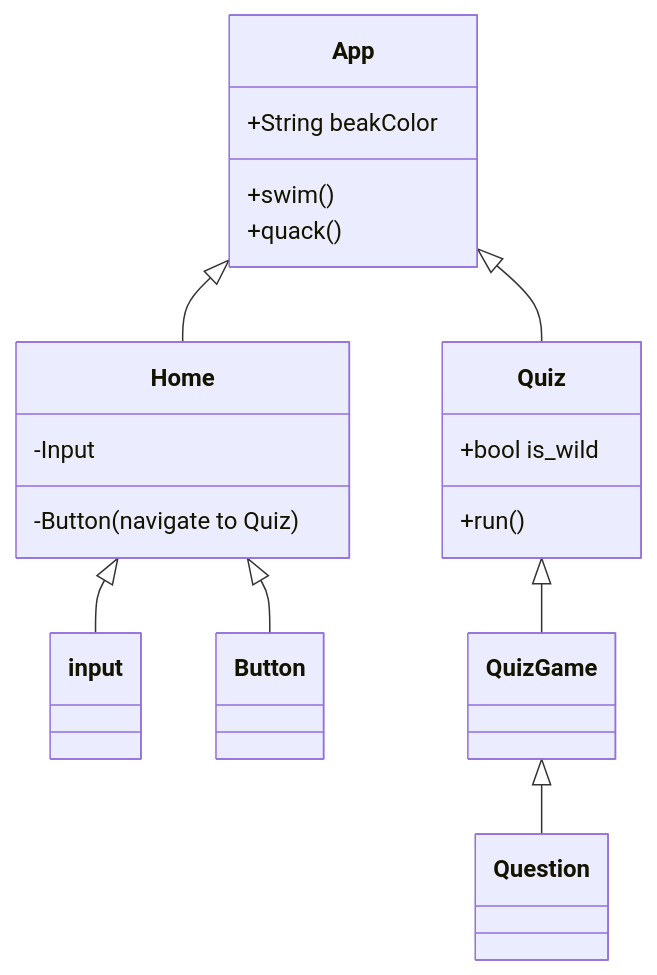
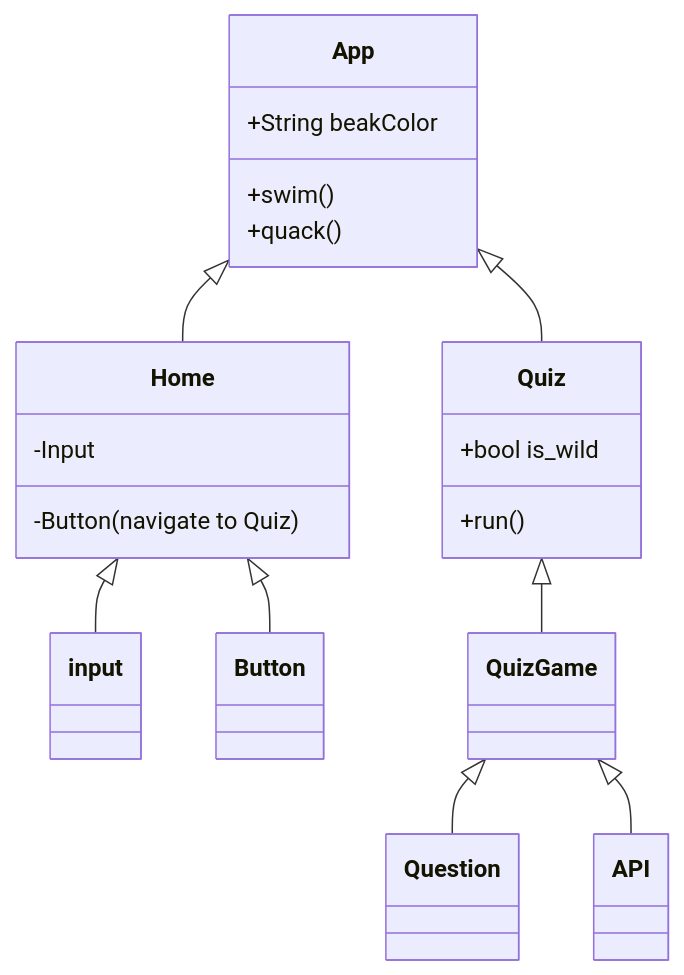
One commit to AdamAgerling/AdamAgerling-testing_typescript-quiz_app changed the diagram in src/Diagrams/classDiagram.md. Above: the diagram before and after it, drawn with Mermaid.

````diff
--- a/src/Diagrams/classDiagram.md
+++ b/src/Diagrams/classDiagram.md
@@ -1,35 +1,38 @@
 ```mermaid
   classDiagram
     App <|-- Home
     App <|-- Quiz
     Home <|-- input
     Home <|-- Button
     Quiz <|-- QuizGame
     QuizGame <|-- Question
-
+    QuizGame <|-- API
     class App {
         +String beakColor
         +swim()
         +quack()
     }
 
     class Home {
         -Input
         -Button(navigate to Quiz)
     }
 
     class Quiz {
         +bool is_wild
         +run()
     }
 
     class QuizGame {
 
     }
 
     class Question {
 
     }
 
+   class API {
+
+   }
 
 ```
````
